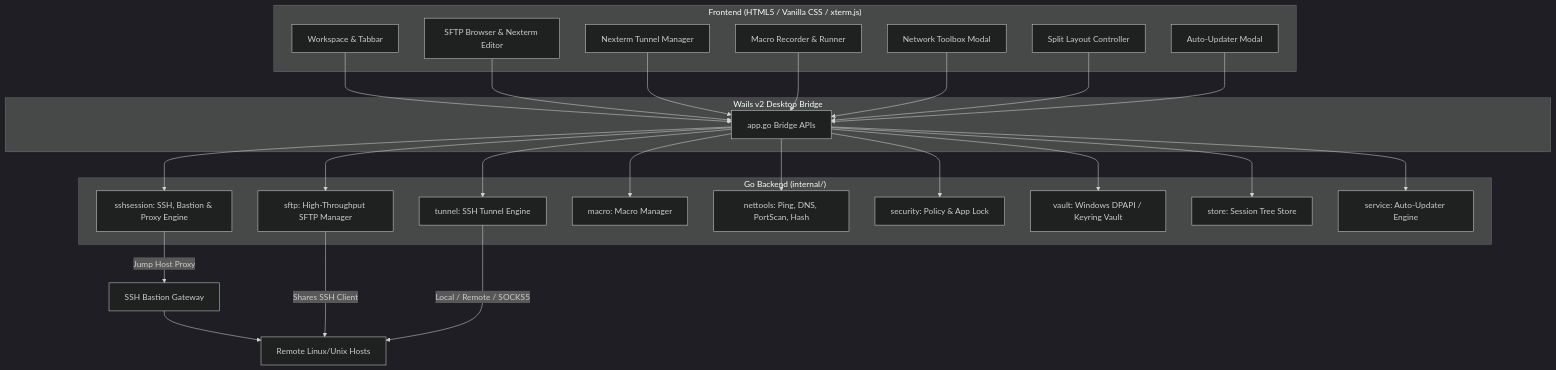
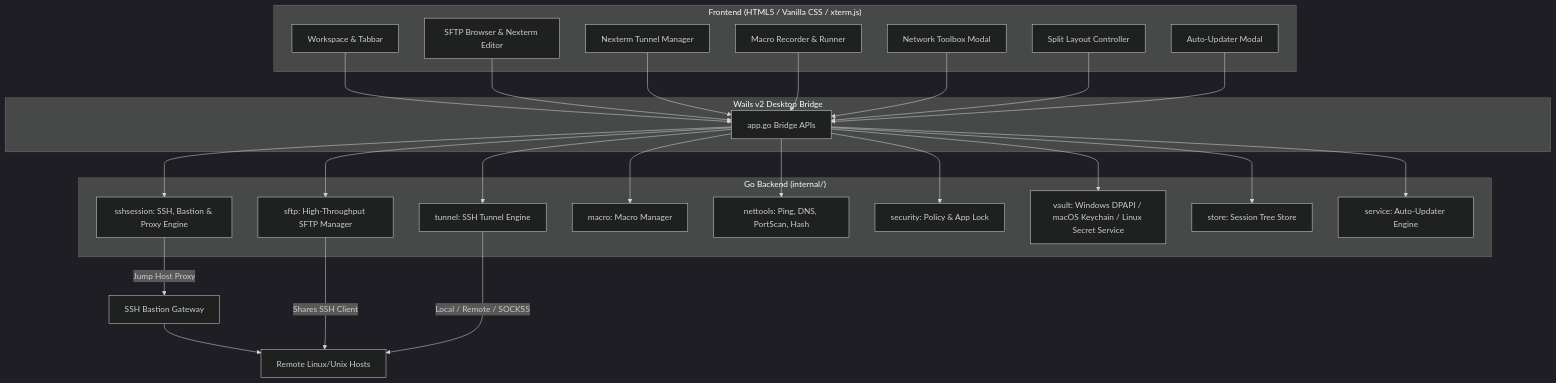
The diagram in README.md (kunal-live/NexTerm), drawn with Mermaid (dark theme) before and after one commit. The commit also changed other lines of this file and 55 other files, not shown here.

````diff
--- a/README.md
+++ b/README.md
@@ -243,51 +243,51 @@
 ```mermaid
 graph TD
     subgraph Frontend ["Frontend (HTML5 / Vanilla CSS / xterm.js)"]
         UI[Workspace & Tabbar]
         SFTPUI[SFTP Browser & Nexterm Editor]
         TunnelUI[Nexterm Tunnel Manager]
         MacroUI[Macro Recorder & Runner]
         ToolsUI[Network Toolbox Modal]
         SplitMgr[Split Layout Controller]
         UpdaterUI[Auto-Updater Modal]
     end
 
     subgraph Wails ["Wails v2 Desktop Bridge"]
         Bridge[app.go Bridge APIs]
     end
 
     subgraph Backend ["Go Backend (internal/)"]
         SSH[sshsession: SSH, Bastion & Proxy Engine]
         SFTPMgr[sftp: High-Throughput SFTP Manager]
         TunnelMgr[tunnel: SSH Tunnel Engine]
         MacroMgr[macro: Macro Manager]
         NetTools[nettools: Ping, DNS, PortScan, Hash]
         SecMgr[security: Policy & App Lock]
-        Vault[vault: Windows DPAPI / Keyring Vault]
+        Vault[vault: Windows DPAPI / macOS Keychain / Linux Secret Service]
         Store[store: Session Tree Store]
         Updater[service: Auto-Updater Engine]
     end
 
     UI --> Bridge
     SFTPUI --> Bridge
     TunnelUI --> Bridge
     MacroUI --> Bridge
     ToolsUI --> Bridge
     SplitMgr --> Bridge
     UpdaterUI --> Bridge
 
     Bridge --> SSH
     Bridge --> SFTPMgr
     Bridge --> TunnelMgr
     Bridge --> MacroMgr
     Bridge --> NetTools
     Bridge --> SecMgr
     Bridge --> Vault
     Bridge --> Store
     Bridge --> Updater
 
     SSH -->|Jump Host Proxy| Bastion[SSH Bastion Gateway]
     Bastion --> Target[Remote Linux/Unix Hosts]
     SFTPMgr -->|Shares SSH Client| Target
     TunnelMgr -->|Local / Remote / SOCKS5| Target
 ```
````
